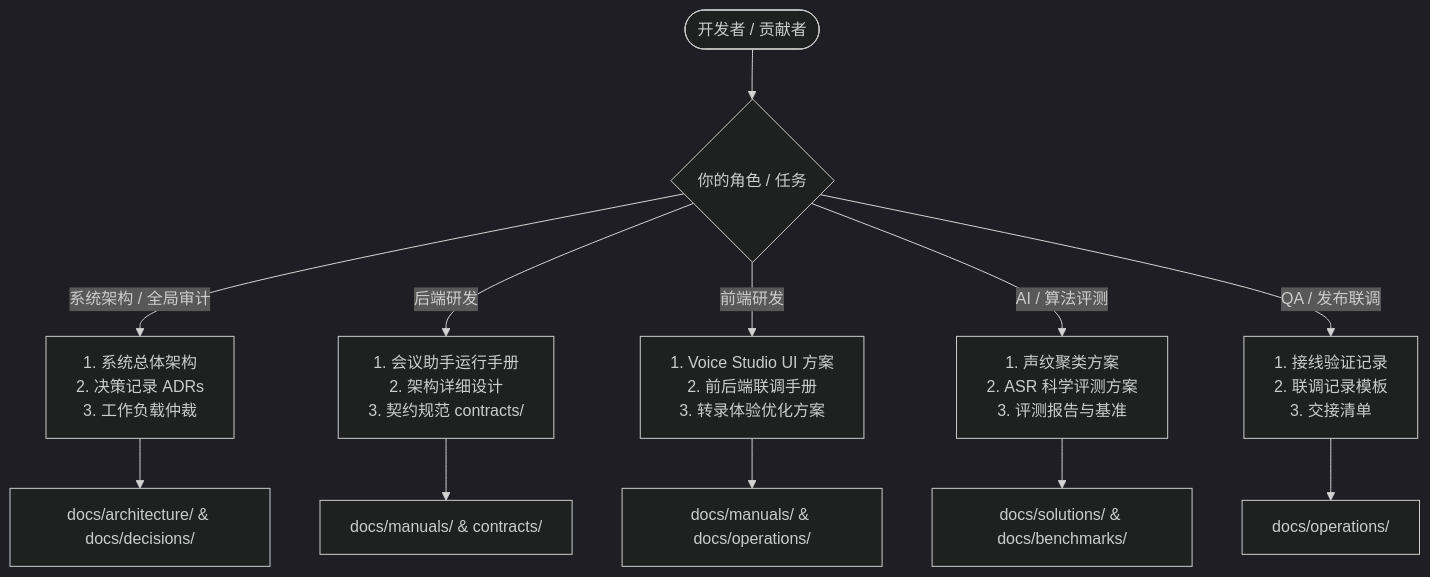
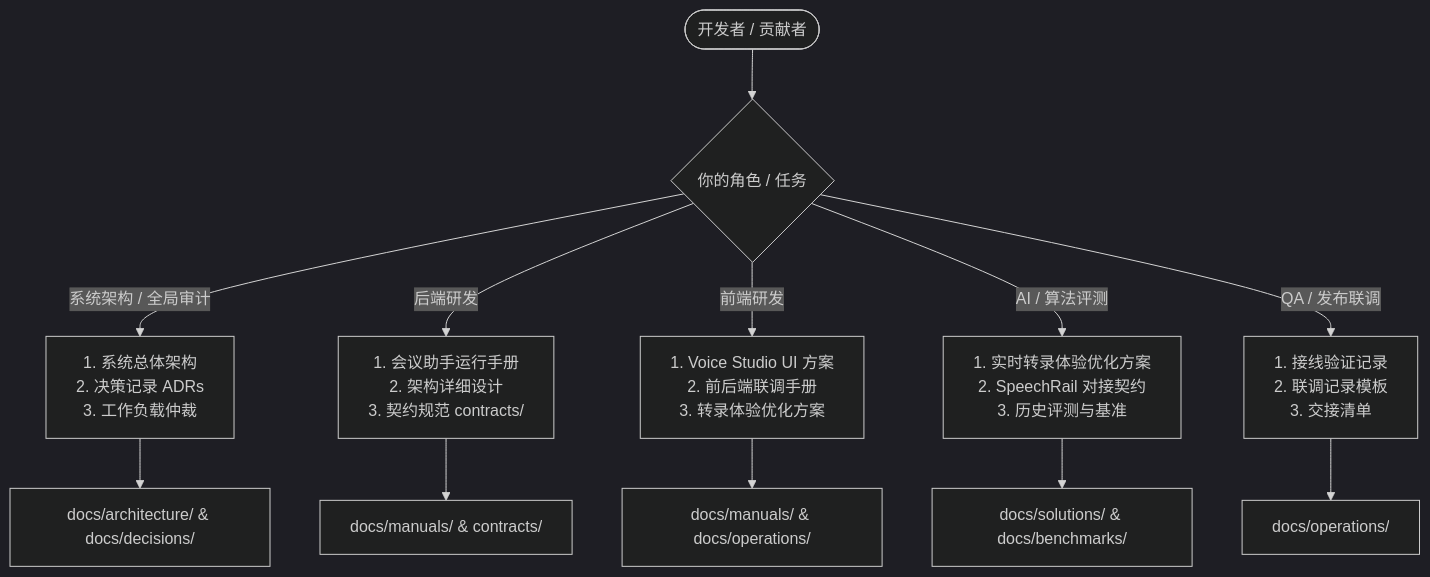
Before and after one commit to hrygo/voice-realtime: the diagram in docs/README.md, drawn with Mermaid (dark theme). The commit also changed other lines of this file and 28 other files, not shown here.

Commit message:
docs: 更新 SpeechRail 依赖与文档基线

````diff
--- a/docs/README.md
+++ b/docs/README.md
@@ -102,16 +115,16 @@
 ```mermaid
 graph TD
     User([开发者 / 贡献者]) --> Role{你的角色 / 任务}
     
     Role -->|系统架构 / 全局审计| Arc[1. 系统总体架构<br/>2. 决策记录 ADRs<br/>3. 工作负载仲裁]
     Role -->|后端研发| Be[1. 会议助手运行手册<br/>2. 架构详细设计<br/>3. 契约规范 contracts/]
     Role -->|前端研发| Fe[1. Voice Studio UI 方案<br/>2. 前后端联调手册<br/>3. 转录体验优化方案]
-    Role -->|AI / 算法评测| Algo[1. 声纹聚类方案<br/>2. ASR 科学评测方案<br/>3. 评测报告与基准]
+    Role -->|AI / 算法评测| Algo[1. 实时转录体验优化方案<br/>2. SpeechRail 对接契约<br/>3. 历史评测与基准]
     Role -->|QA / 发布联调| Qa[1. 接线验证记录<br/>2. 联调记录模板<br/>3. 交接清单]
 
     Arc --> ArcDocs[docs/architecture/ & docs/decisions/]
     Be --> BeDocs[docs/manuals/ & contracts/]
     Fe --> FeDocs[docs/manuals/ & docs/operations/]
     Algo --> AlgoDocs[docs/solutions/ & docs/benchmarks/]
     Qa --> QaDocs[docs/operations/]
 ```
````
